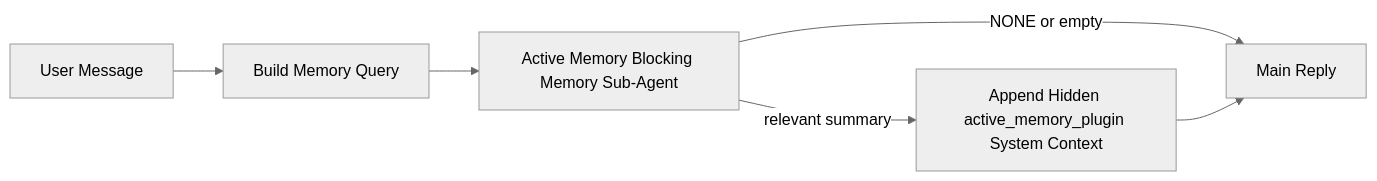
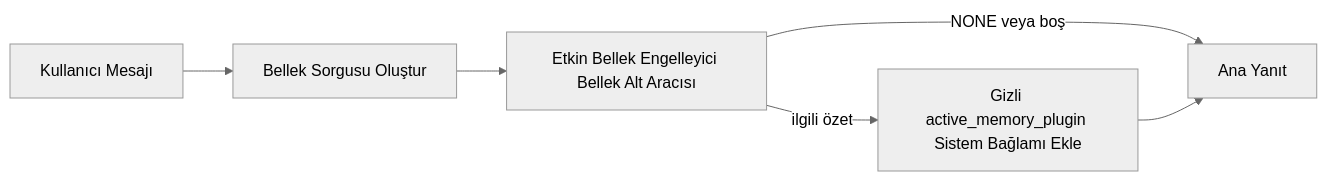
The diagram in docs/tr/concepts/active-memory.md (daichangya/openclaw-docs), drawn with Mermaid (neutral theme) before and after one commit. The commit also changed other lines of this file, not shown here.

````diff
--- a/docs/tr/concepts/active-memory.md
+++ b/docs/tr/concepts/active-memory.md
@@ -262,8 +266,8 @@
 ```mermaid
 flowchart LR
-  U["User Message"] --> Q["Build Memory Query"]
-  Q --> R["Active Memory Blocking Memory Sub-Agent"]
-  R -->|NONE or empty| M["Main Reply"]
-  R -->|relevant summary| I["Append Hidden active_memory_plugin System Context"]
-  I --> M["Main Reply"]
+  U["Kullanıcı Mesajı"] --> Q["Bellek Sorgusu Oluştur"]
+  Q --> R["Etkin Bellek Engelleyici Bellek Alt Aracısı"]
+  R -->|NONE veya boş| M["Ana Yanıt"]
+  R -->|ilgili özet| I["Gizli active_memory_plugin Sistem Bağlamı Ekle"]
+  I --> M["Ana Yanıt"]
 ```
````
